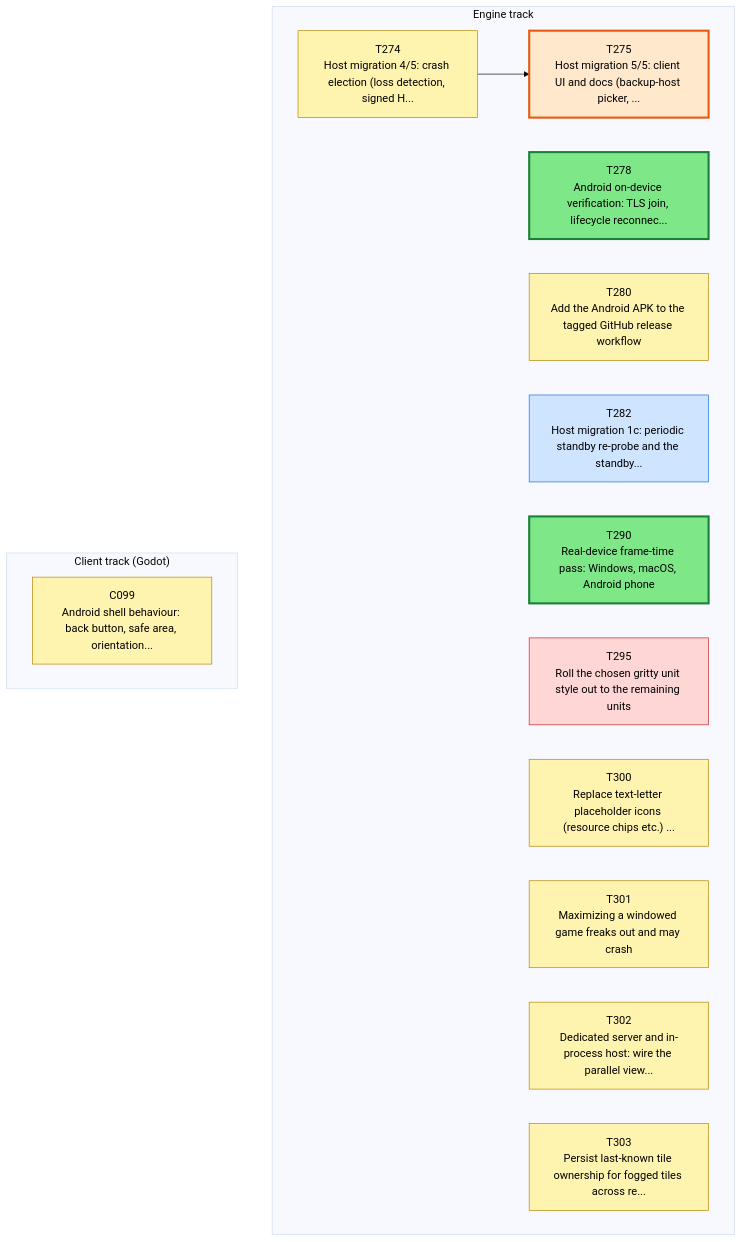
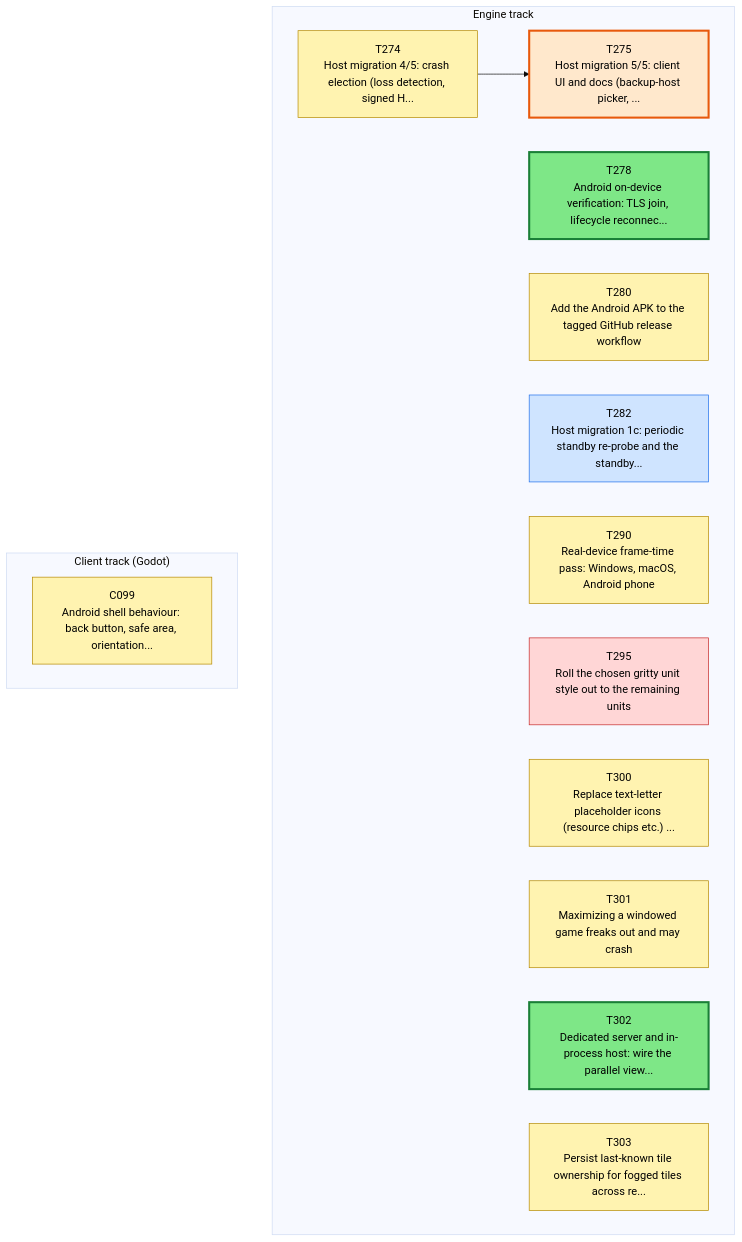
One commit to Kenmura/Unciv changed the first of 3 diagrams in csharp/migration/DEPENDENCY_MAP.md. Above: the diagram before and after it, drawn with Mermaid (base theme). The commit also changed other lines of this file and 1 other file, not shown here.

Commit message:
migration: claim T290 [Claude] 2026-10-30T14:08Z

````diff
--- a/csharp/migration/DEPENDENCY_MAP.md
+++ b/csharp/migration/DEPENDENCY_MAP.md
@@ -35,39 +35,39 @@
 ```mermaid
 flowchart TD
   subgraph TTRACK["Engine track"]
     T274["T274<br/>Host migration 4/5: crash election (loss detection, signed H..."]
     T275["T275<br/>Host migration 5/5: client UI and docs (backup-host picker, ..."]
     T278["T278<br/>Android on-device verification: TLS join, lifecycle reconnec..."]
     T280["T280<br/>Add the Android APK to the tagged GitHub release workflow"]
     T282["T282<br/>Host migration 1c: periodic standby re-probe and the standby..."]
     T290["T290<br/>Real-device frame-time pass: Windows, macOS, Android phone"]
     T295["T295<br/>Roll the chosen gritty unit style out to the remaining units"]
     T300["T300<br/>Replace text-letter placeholder icons (resource chips etc.) ..."]
     T301["T301<br/>Maximizing a windowed game freaks out and may crash"]
     T302["T302<br/>Dedicated server and in-process host: wire the parallel view..."]
     T303["T303<br/>Persist last-known tile ownership for fogged tiles across re..."]
   end
   subgraph CTRACK["Client track (Godot)"]
     C099["C099<br/>Android shell behaviour: back button, safe area, orientation..."]
   end
   T274 --> T275
   classDef waiting fill:#f3faf3,stroke:#9bc49b,color:#555,stroke-dasharray:2 2
   classDef ondeck fill:#ffe8cc,stroke:#e8590c,stroke-width:3px,color:#000
   classDef ready fill:#7ee787,stroke:#1a7f37,stroke-width:3px,color:#000
   classDef prog fill:#fff3b0,stroke:#b58900,color:#000
   classDef review fill:#cfe4ff,stroke:#1f6feb,color:#000
   classDef blocked fill:#ffd6d6,stroke:#c62828,color:#000
   classDef done fill:#eeeeee,stroke:#999999,color:#666,stroke-dasharray:4 3
   class C099 prog
   class T274 prog
   class T275 ondeck
   class T278 ready
   class T280 prog
   class T282 review
-  class T290 ready
+  class T290 prog
   class T295 blocked
   class T300 prog
   class T301 prog
-  class T302 prog
+  class T302 ready
   class T303 prog
 ```
````
